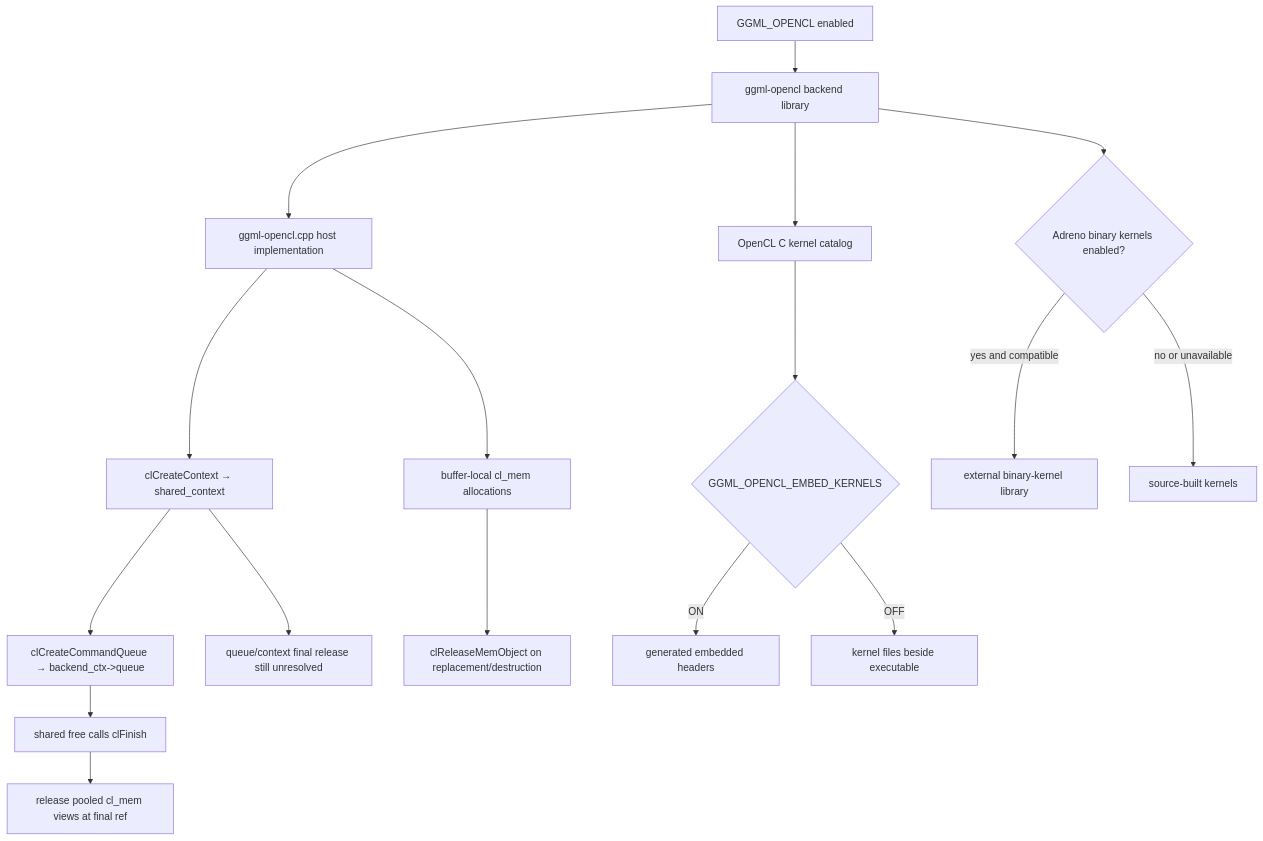
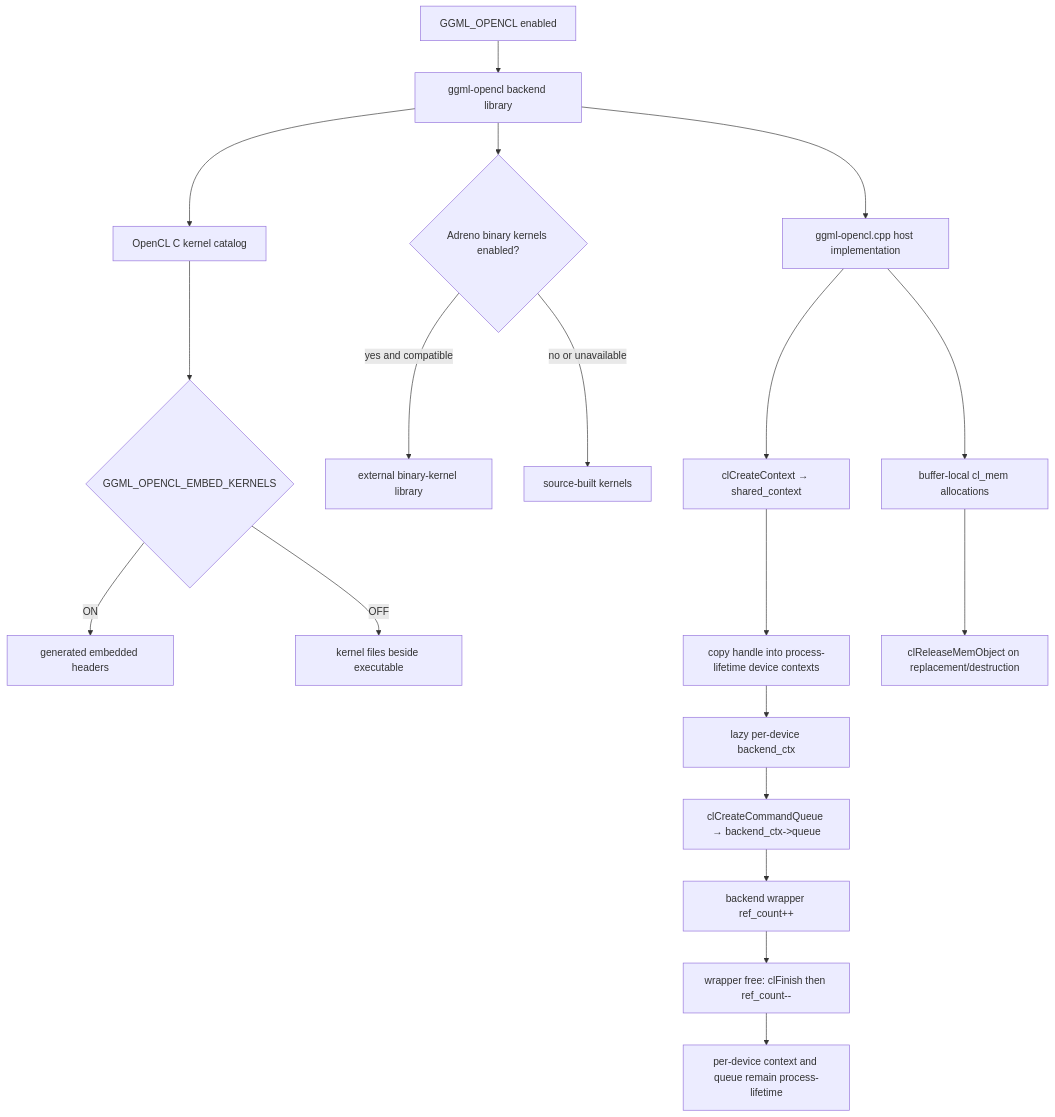
Before and after one commit to mohammed-alaa40123/How.to.llama.cpp: the diagram in docs/architecture/opencl-build-and-buffer-lifetimes.md, drawn with Mermaid. The commit also changed other lines of this file, not shown here.

Commit message:
docs: resolve pinned OpenCL queue and context ownership

````diff
--- a/docs/architecture/opencl-build-and-buffer-lifetimes.md
+++ b/docs/architecture/opencl-build-and-buffer-lifetimes.md
@@ -11,19 +13,21 @@
 ```mermaid
 flowchart TD
     O[GGML_OPENCL enabled] --> C[ggml-opencl backend library]
     C --> H[ggml-opencl.cpp host implementation]
     C --> K[OpenCL C kernel catalog]
     K --> E{GGML_OPENCL_EMBED_KERNELS}
     E -->|ON| EH[generated embedded headers]
     E -->|OFF| KF[kernel files beside executable]
     C --> B{Adreno binary kernels enabled?}
     B -->|yes and compatible| BK[external binary-kernel library]
     B -->|no or unavailable| SK[source-built kernels]
     H --> SC[clCreateContext → shared_context]
-    SC --> BC[clCreateCommandQueue → backend_ctx->queue]
-    BC --> F[shared free calls clFinish]
-    F --> P[release pooled cl_mem views at final ref]
+    SC --> DV[copy handle into process-lifetime device contexts]
+    DV --> BC[lazy per-device backend_ctx]
+    BC --> Q[clCreateCommandQueue → backend_ctx->queue]
+    Q --> W[backend wrapper ref_count++]
+    W --> F[wrapper free: clFinish then ref_count--]
+    F --> P[per-device context and queue remain process-lifetime]
     H --> M[buffer-local cl_mem allocations]
     M --> R[clReleaseMemObject on replacement/destruction]
-    SC --> U[queue/context final release still unresolved]
 ```
````
